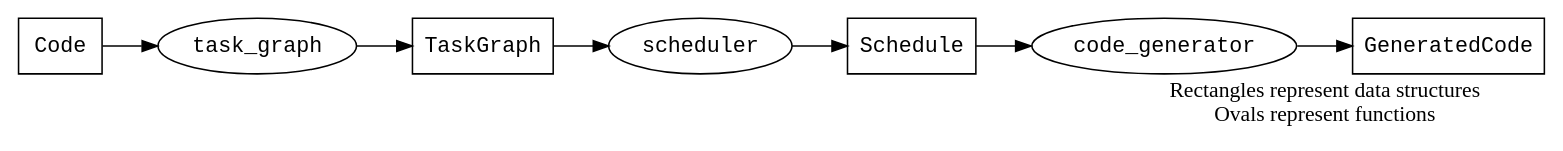
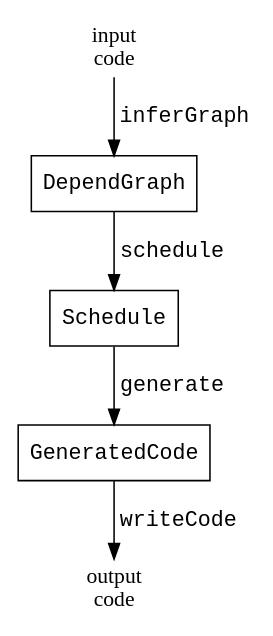
The diagram in vignettes/basic_model.dot (clarkfitzg/makeParallel), drawn with Graphviz before and after one commit. The commit also changed 3 other files, not shown here.

Commit message:
better basic graph

```diff
--- a/vignettes/basic_model.dot
+++ b/vignettes/basic_model.dot
@@ -1,32 +1,22 @@
 digraph G {
-rankdir = LR;
-//rankdir = TB;
+//rankdir = LR;
+rankdir = TB;
 
-//edge [fontname = "courier"];
-
-label = "Rectangles represent data structures
-Ovals represent functions
-";
-labeljust=right;
+node [shape = "none"];
+InCode [label = "input\ncode"];
+OutCode [label = "output\ncode"];
 
 node [shape = "rectangle", fontname = "courier"];
-//------------------------------------------------------------
-Code [label = "Code"];
-TaskGraph [label = "TaskGraph"];
-Schedule [label = "Schedule"];
-GeneratedCode [label = "GeneratedCode"];
+edge [fontname = "courier"];
 
-node [shape = "oval"];
-//------------------------------------------------------------
-task_graph [label = "task_graph"];
-scheduler [label = "scheduler"];
-code_generator [label = "code_generator"];
+//label = "Rectangles represent data structures
+//Ovals represent functions
+//";
+//labeljust=right;
 
-Code -> task_graph;
-task_graph -> TaskGraph;
-TaskGraph -> scheduler;
-scheduler -> Schedule;
-Schedule -> code_generator;
-code_generator -> GeneratedCode;
+InCode -> DependGraph [label = " inferGraph"]
+DependGraph -> Schedule [label = " schedule"]
+Schedule -> GeneratedCode [label = " generate"]
+GeneratedCode -> OutCode [label = " writeCode"]
 
 }
```
